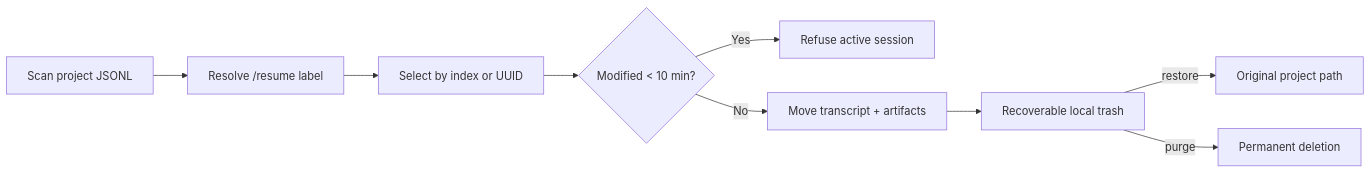
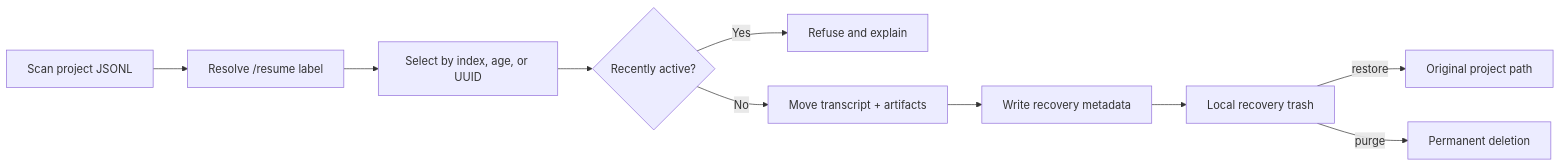
One commit to ihoooohi/claude-code-session-cleaner changed the diagram in README.md. Above: the diagram before and after it, drawn with Mermaid. The commit also changed other lines of this file and 10 other files, not shown here.

````diff
--- a/README.md
+++ b/README.md
@@ -74,11 +133,12 @@
 ```mermaid
 flowchart LR
     A["Scan project JSONL"] --> B["Resolve /resume label"]
-    B --> C["Select by index or UUID"]
-    C --> D{"Modified < 10 min?"}
-    D -- Yes --> E["Refuse active session"]
+    B --> C["Select by index, age, or UUID"]
+    C --> D{"Recently active?"}
+    D -- Yes --> E["Refuse and explain"]
     D -- No --> F["Move transcript + artifacts"]
-    F --> G["Recoverable local trash"]
-    G -->|restore| H["Original project path"]
-    G -->|purge| I["Permanent deletion"]
+    F --> G["Write recovery metadata"]
+    G --> H["Local recovery trash"]
+    H -->|restore| I["Original project path"]
+    H -->|purge| J["Permanent deletion"]
 ```
````
